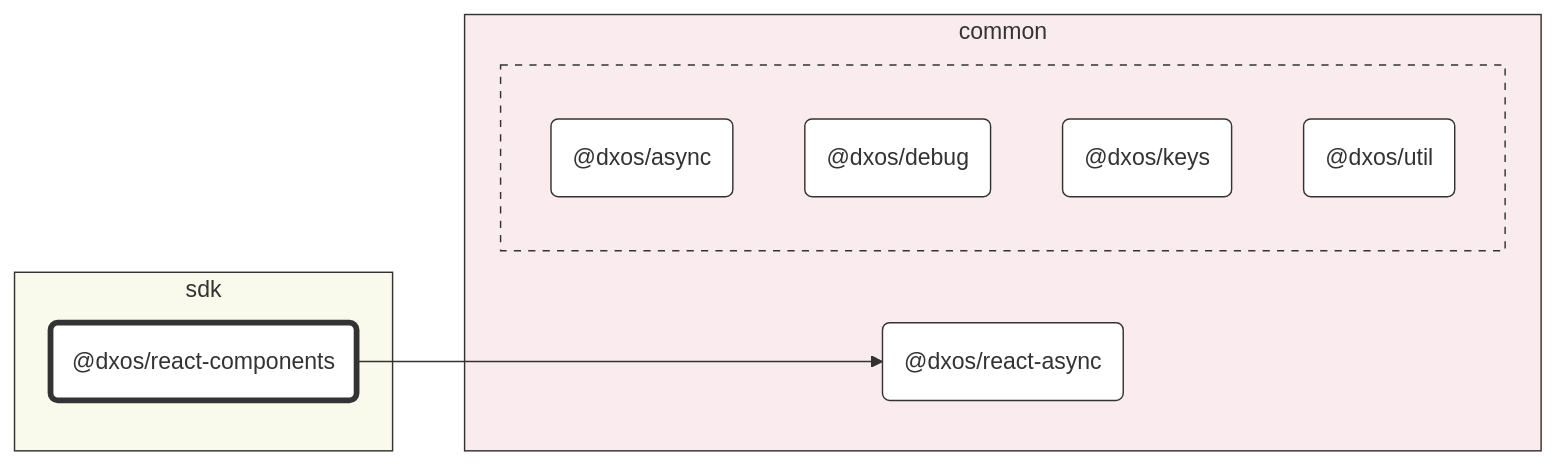
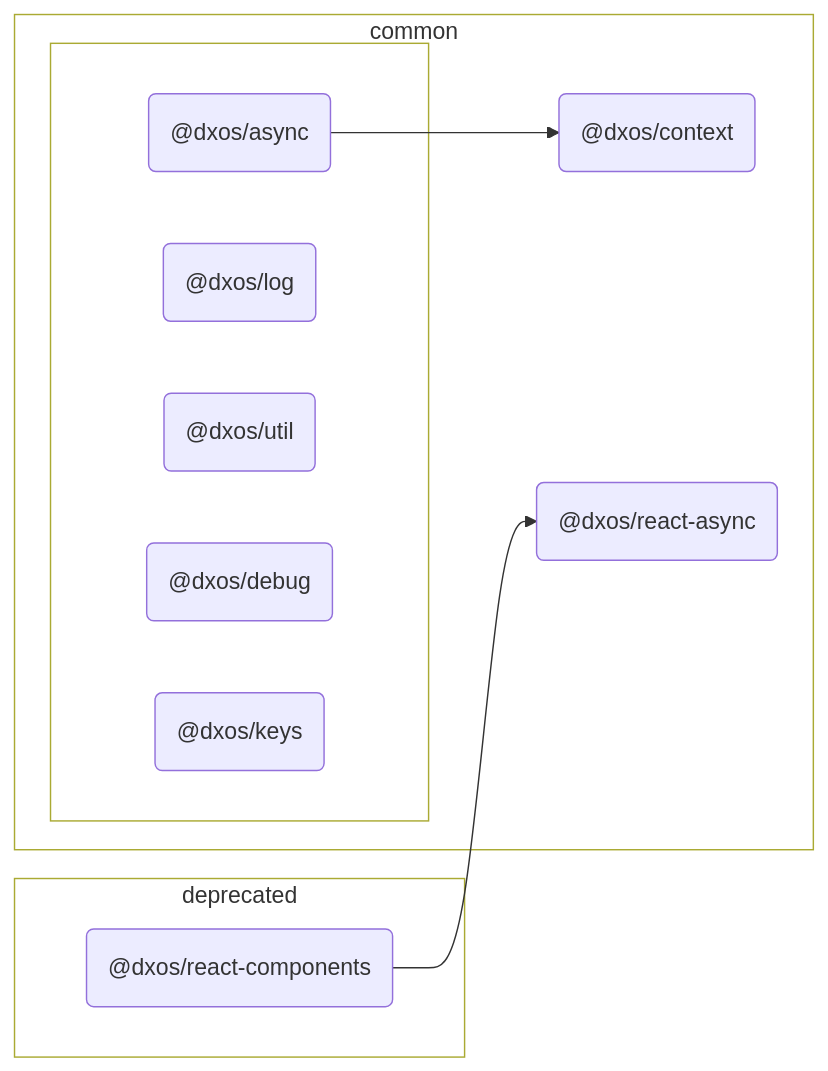
The diagram in packages/deprecated/react-components/docs/README.md (dxos/dxos), drawn with Mermaid before and after one commit. The commit also changed other lines of this file and 126 other files, not shown here.

````diff
--- a/packages/deprecated/react-components/docs/README.md
+++ b/packages/deprecated/react-components/docs/README.md
@@ -7,39 +7,43 @@
 ```mermaid
 %%{ init: {'flowchart':{'curve':'basis'}} }%%
 
 flowchart LR
 
 %% Classes
-classDef def fill:#fff,stroke:#333,stroke-width:1px
-classDef root fill:#fff,stroke:#333,stroke-width:4px
+
+
 
 %% Nodes
 
-subgraph sdk [sdk]
-  style sdk fill:#f9faeb,stroke:#333
+subgraph deprecated [deprecated]
+  style deprecated fill:transparent
   dxos/react-components("@dxos/react-components"):::root
-  click dxos/react-components "dxos/dxos/tree/main/packages/sdk/react-components/docs"
+  click dxos/react-components "dxos/dxos/tree/main/packages/deprecated/react-components/docs"
 end
 
 subgraph common [common]
-  style common fill:#faebee,stroke:#333
+  style common fill:transparent
+  dxos/context("@dxos/context"):::def
+  click dxos/context "dxos/dxos/tree/main/packages/common/context/docs"
   dxos/react-async("@dxos/react-async"):::def
   click dxos/react-async "dxos/dxos/tree/main/packages/common/react-async/docs"
 
   subgraph _ [ ]
-    style _ fill:#faebee,stroke:#333,stroke-dasharray:5 5
+    style _ fill:transparent
     dxos/async("@dxos/async"):::def
     click dxos/async "dxos/dxos/tree/main/packages/common/async/docs"
+    dxos/log("@dxos/log"):::def
+    click dxos/log "dxos/dxos/tree/main/packages/common/log/docs"
+    dxos/util("@dxos/util"):::def
+    click dxos/util "dxos/dxos/tree/main/packages/common/util/docs"
     dxos/debug("@dxos/debug"):::def
     click dxos/debug "dxos/dxos/tree/main/packages/common/debug/docs"
     dxos/keys("@dxos/keys"):::def
     click dxos/keys "dxos/dxos/tree/main/packages/common/keys/docs"
-    dxos/util("@dxos/util"):::def
-    click dxos/util "dxos/dxos/tree/main/packages/common/util/docs"
   end
 end
 
 %% Links
-linkStyle default stroke:#333,stroke-width:1px
+dxos/async --> dxos/context
 dxos/react-components --> dxos/react-async
 ```
````
